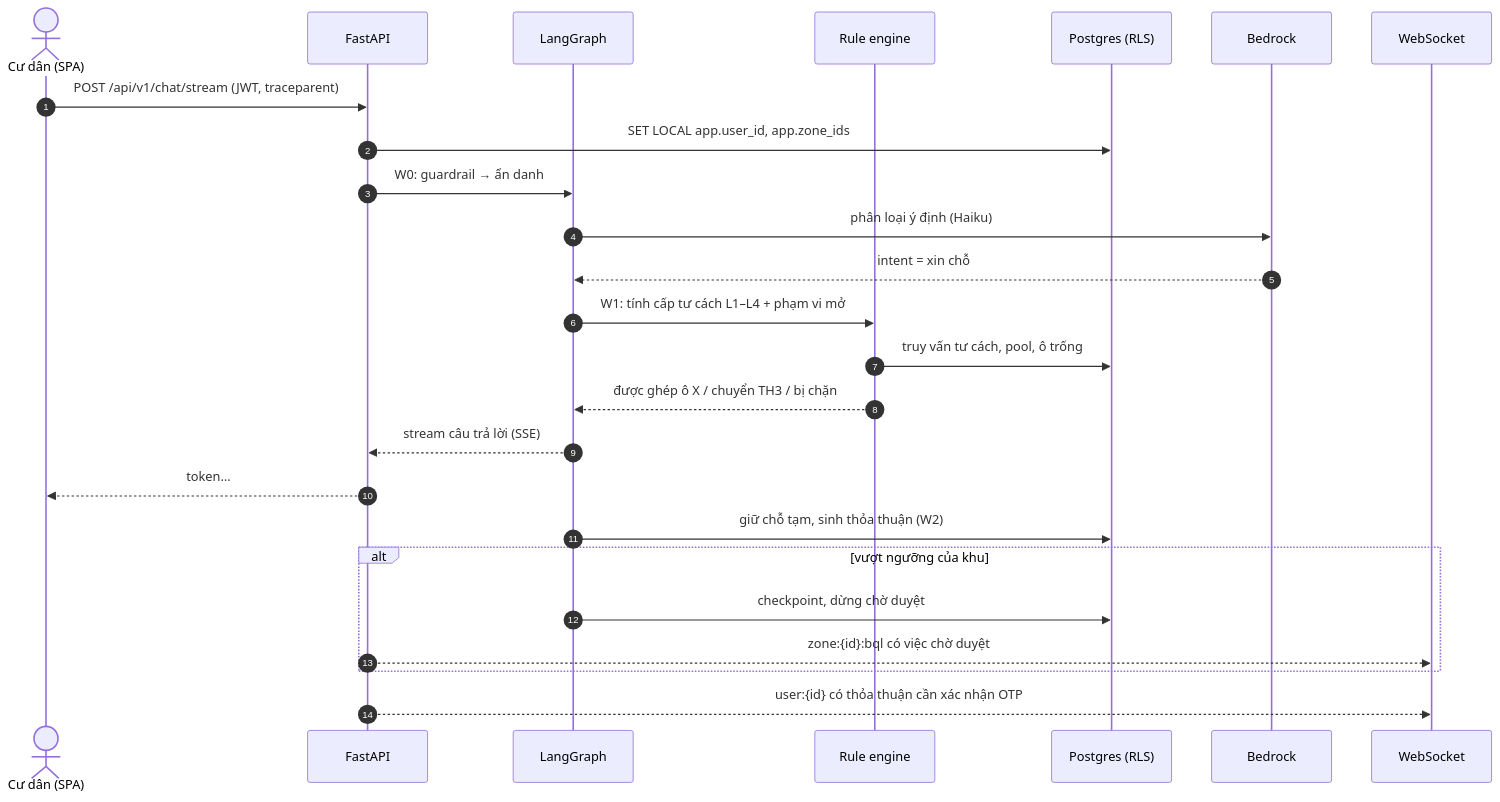
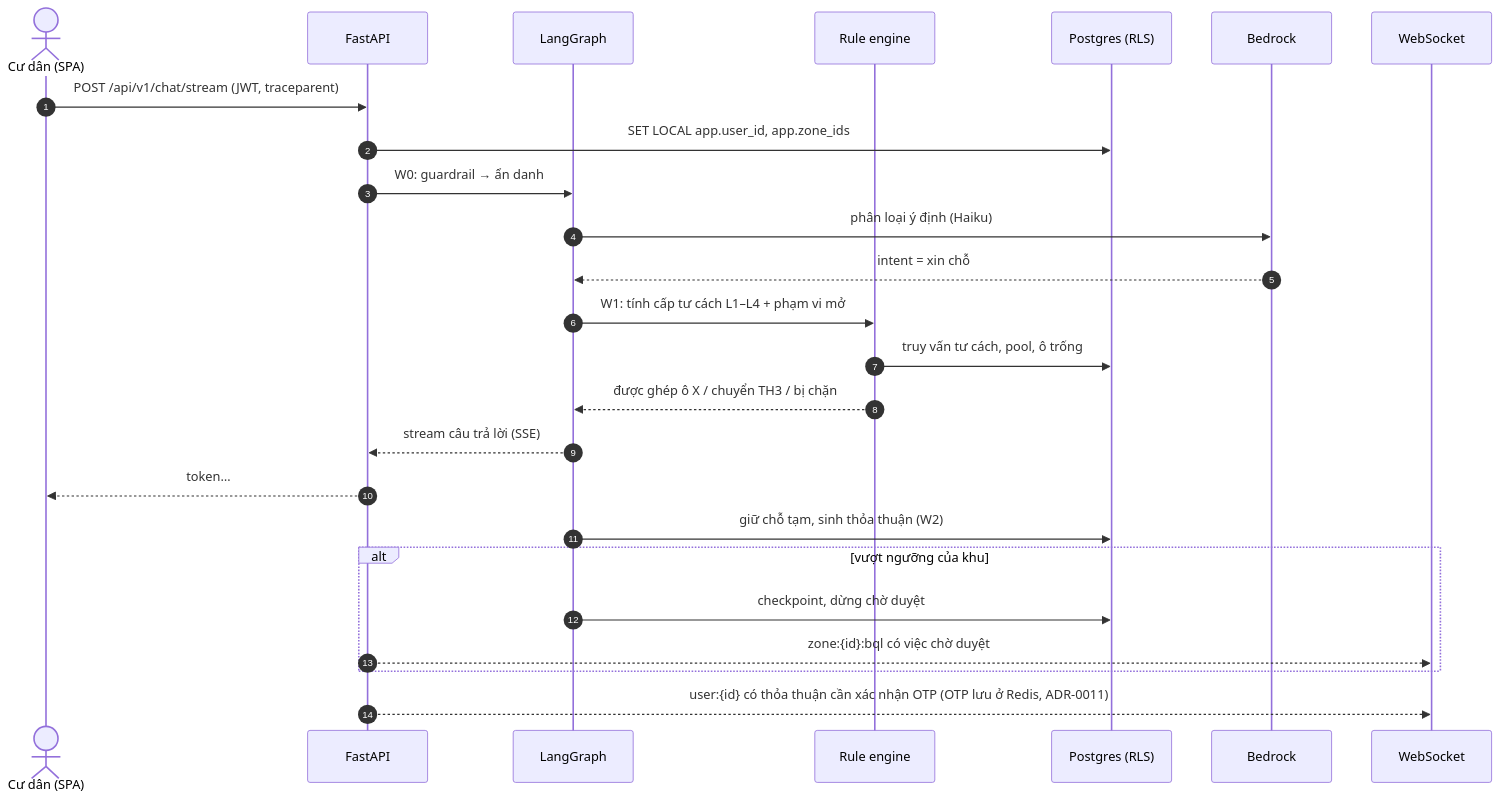
The second of 2 diagrams in docs/02-architecture/01-architecture-diagram.md (leewinie2104-lang/AITC-t-142), drawn with Mermaid before and after one commit. The commit also changed other lines of this file and 67 other files, not shown here.

First line of the commit message:
docs(database): trim MVP schema to 23 tables and adopt alt design ideas

````diff
--- a/docs/02-architecture/01-architecture-diagram.md
+++ b/docs/02-architecture/01-architecture-diagram.md
@@ -66,28 +66,28 @@
 ```mermaid
 sequenceDiagram
     autonumber
     actor C as Cư dân (SPA)
     participant API as FastAPI
     participant AG as LangGraph
     participant RE as Rule engine
     participant DB as Postgres (RLS)
     participant BR as Bedrock
     participant WS as WebSocket
 
     C->>API: POST /api/v1/chat/stream (JWT, traceparent)
     API->>DB: SET LOCAL app.user_id, app.zone_ids
     API->>AG: W0: guardrail → ẩn danh
     AG->>BR: phân loại ý định (Haiku)
     BR-->>AG: intent = xin chỗ
     AG->>RE: W1: tính cấp tư cách L1–L4 + phạm vi mở
     RE->>DB: truy vấn tư cách, pool, ô trống
     RE-->>AG: được ghép ô X / chuyển TH3 / bị chặn
     AG-->>API: stream câu trả lời (SSE)
     API-->>C: token…
     AG->>DB: giữ chỗ tạm, sinh thỏa thuận (W2)
     alt vượt ngưỡng của khu
         AG->>DB: checkpoint, dừng chờ duyệt
         API-->>WS: zone:{id}:bql có việc chờ duyệt
     end
-    API-->>WS: user:{id} có thỏa thuận cần xác nhận OTP
+    API-->>WS: user:{id} có thỏa thuận cần xác nhận OTP (OTP lưu ở Redis, ADR-0011)
 ```
````
